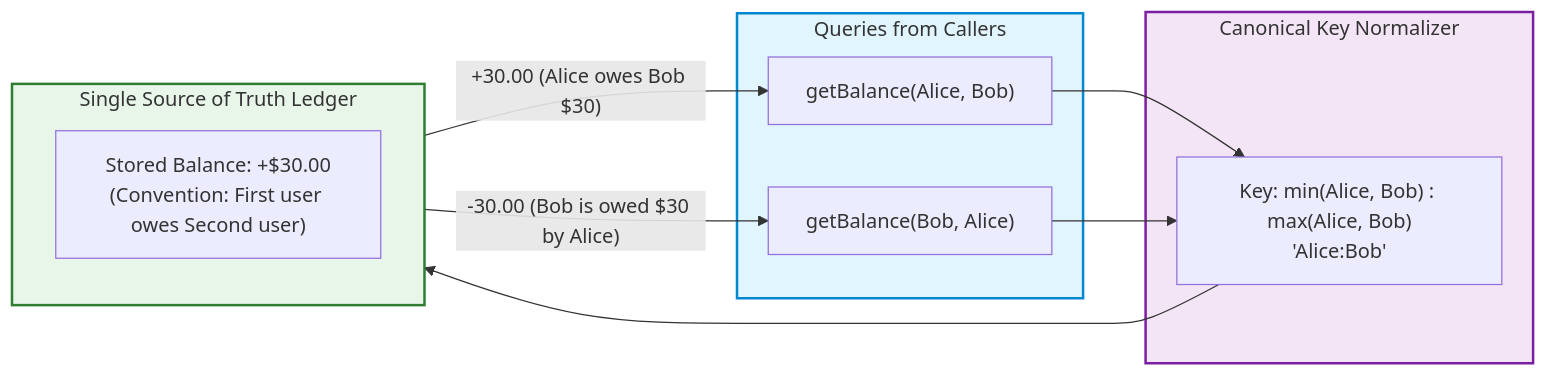
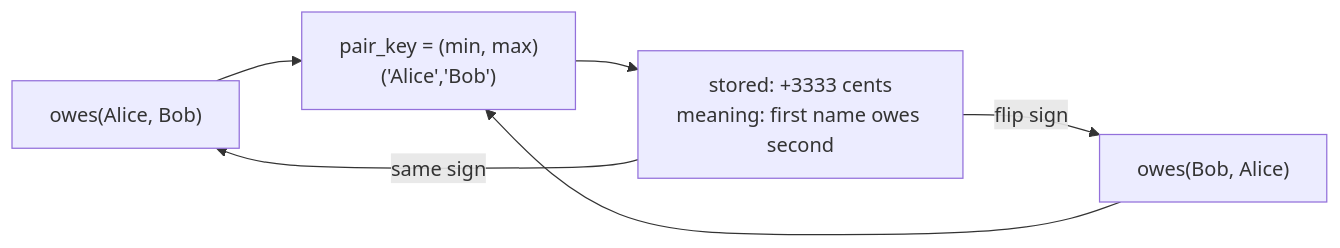
The first of 2 diagrams in content/lld/15-splitwise-expense-sharing/README.md (TapanKumarBarik/Backend-roadmap), drawn with Mermaid before and after one commit. The commit also changed other lines of this file and 68 other files, not shown here.

````diff
--- a/content/lld/15-splitwise-expense-sharing/README.md
+++ b/content/lld/15-splitwise-expense-sharing/README.md
@@ -22,25 +43,8 @@
 ```mermaid
 flowchart LR
-    subgraph Input["Queries from Callers"]
-        Q1["getBalance(Alice, Bob)"]
-        Q2["getBalance(Bob, Alice)"]
-    end
-
-    subgraph Canonicalizer["Canonical Key Normalizer"]
-        K["Key: min(Alice, Bob) : max(Alice, Bob)<br/>'Alice:Bob'"]
-    end
-
-    subgraph Store["Single Source of Truth Ledger"]
-        Val["Stored Balance: +$30.00<br/>(Convention: First user owes Second user)"]
-    end
-
-    Q1 --> K
-    Q2 --> K
-    K --> Store
-    Store -->|"+30.00 (Alice owes Bob $30)"| Q1
-    Store -->|"-30.00 (Bob is owed $30 by Alice)"| Q2
-
-    style Input fill:#e1f5fe,stroke:#0288d1,stroke-width:2px
-    style Canonicalizer fill:#f3e5f5,stroke:#7b1fa2,stroke-width:2px
-    style Store fill:#e8f5e9,stroke:#2e7d32,stroke-width:2px
+  Q1["owes(Alice, Bob)"] --> K["pair_key = (min, max)<br/>('Alice','Bob')"]
+  Q2["owes(Bob, Alice)"] --> K
+  K --> Cell["stored: +3333 cents<br/>meaning: first name owes second"]
+  Cell -->|"same sign"| Q1
+  Cell -->|"flip sign"| Q2
 ```
````
